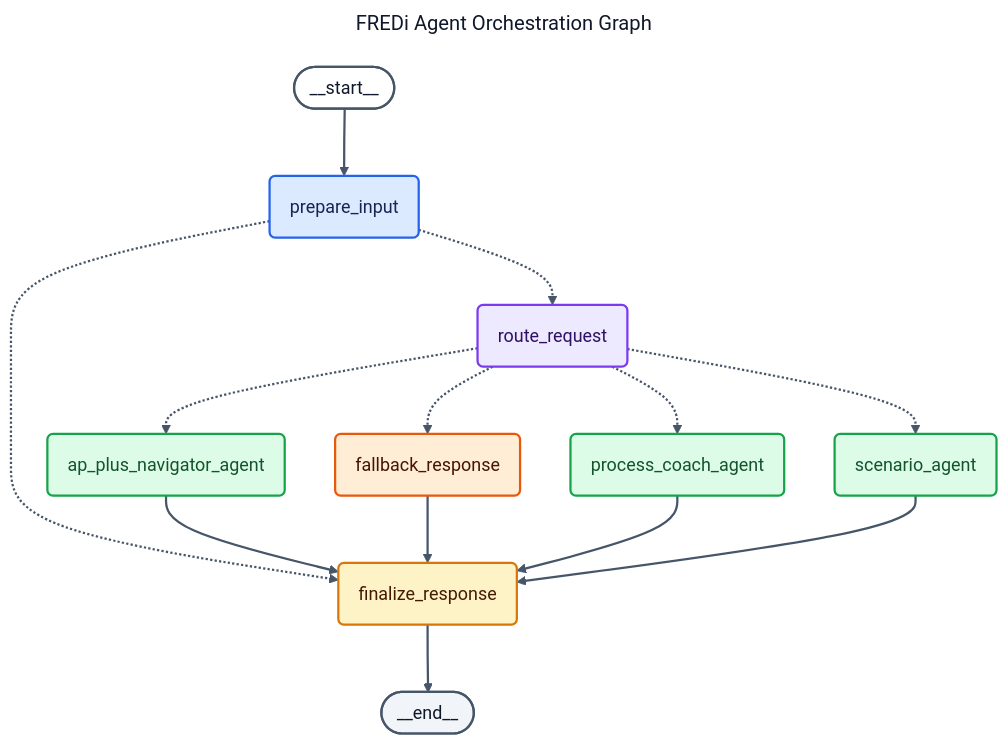
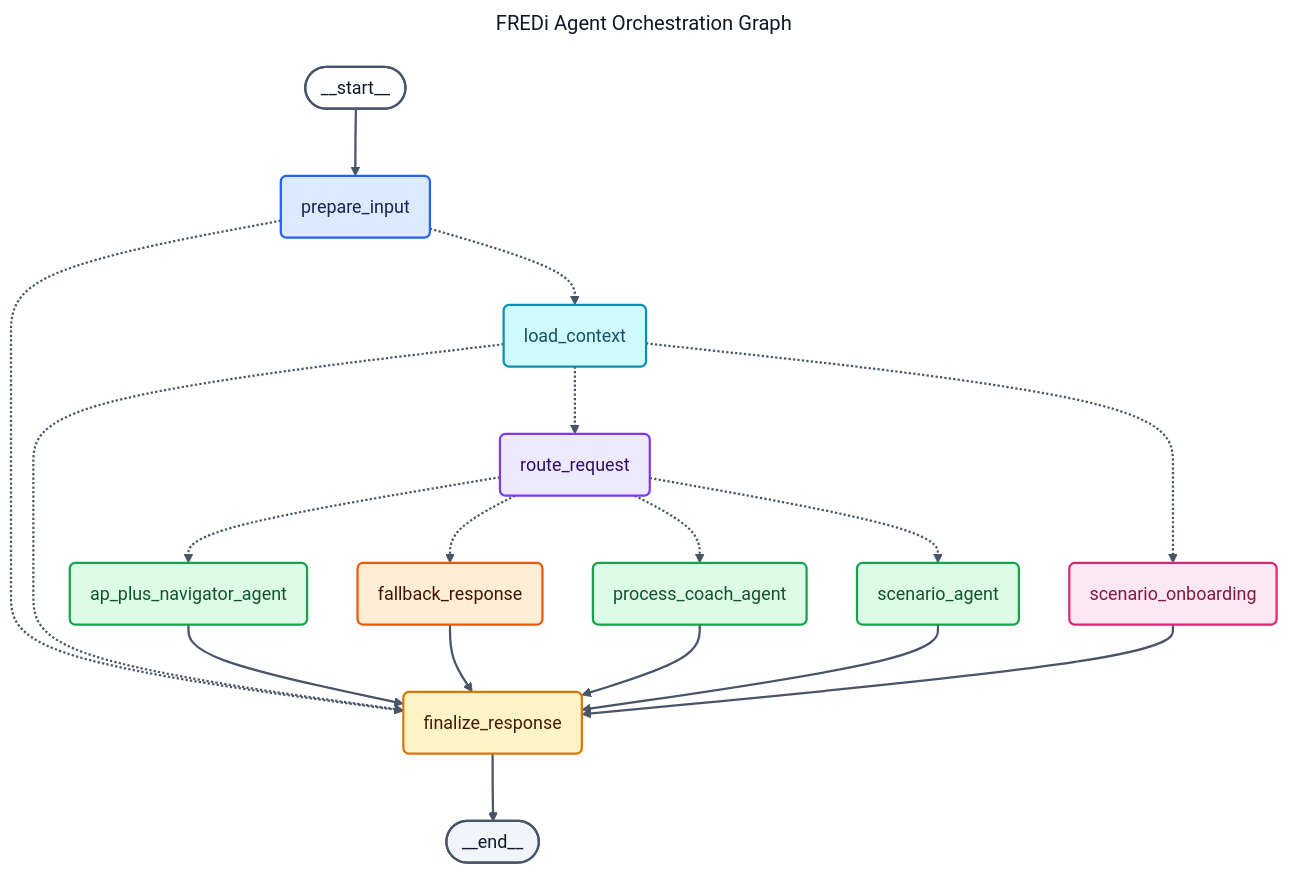
One commit to fahadrafiq94/multiagent-learning-platform changed the diagram in docs/architecture/agent-orchestration-graph.mmd. Above: the diagram before and after it, drawn with Mermaid. The commit also changed 33 other files, not shown here.

Commit message:
feat: validate agent state updates and budget request context

```diff
--- a/docs/architecture/agent-orchestration-graph.mmd
+++ b/docs/architecture/agent-orchestration-graph.mmd
@@ -1,73 +1,79 @@
 ---
 title: FREDi Agent Orchestration Graph
 config:
   theme: base
   look: classic
   flowchart:
     curve: basis
     nodeSpacing: 45
     rankSpacing: 60
     padding: 18
     htmlLabels: true
   themeVariables:
     background: "#f8fafc"
     primaryColor: "#e0f2fe"
     primaryTextColor: "#0f172a"
     primaryBorderColor: "#0284c7"
     secondaryColor: "#ede9fe"
     secondaryTextColor: "#1e1b4b"
     secondaryBorderColor: "#7c3aed"
     tertiaryColor: "#fef3c7"
     tertiaryTextColor: "#451a03"
     tertiaryBorderColor: "#d97706"
     lineColor: "#475569"
     textColor: "#0f172a"
-    mainBkg: "#ffffff"
-    nodeBorder: "#334155"
-    clusterBkg: "#f1f5f9"
-    clusterBorder: "#94a3b8"
     edgeLabelBackground: "#ffffff"
     fontFamily: "Inter, Segoe UI, Arial, sans-serif"
     fontSize: "16px"
 ---
 
 graph TD;
 	__start__([<p>__start__</p>]):::first
 	prepare_input(prepare_input)
+	load_context(load_context)
+	scenario_onboarding(scenario_onboarding)
 	route_request(route_request)
 	scenario_agent(scenario_agent)
 	process_coach_agent(process_coach_agent)
 	ap_plus_navigator_agent(ap_plus_navigator_agent)
 	fallback_response(fallback_response)
 	finalize_response(finalize_response)
 	__end__([<p>__end__</p>]):::last
 	__start__ --> prepare_input;
 	ap_plus_navigator_agent --> finalize_response;
 	fallback_response --> finalize_response;
+	load_context -.-> finalize_response;
+	load_context -.-> route_request;
+	load_context -.-> scenario_onboarding;
 	prepare_input -.-> finalize_response;
-	prepare_input -.-> route_request;
+	prepare_input -.-> load_context;
 	process_coach_agent --> finalize_response;
 	route_request -.-> ap_plus_navigator_agent;
 	route_request -.-> fallback_response;
 	route_request -.-> process_coach_agent;
 	route_request -.-> scenario_agent;
 	scenario_agent --> finalize_response;
+	scenario_onboarding --> finalize_response;
 	finalize_response --> __end__;
 	classDef default fill:#f2f0ff,line-height:1.2
 	classDef first fill-opacity:0
 	classDef last fill:#bfb6fc
 classDef inputNode fill:#dbeafe,stroke:#2563eb,stroke-width:2px,color:#172554;
+classDef contextNode fill:#cffafe,stroke:#0891b2,stroke-width:2px,color:#164e63;
 classDef routingNode fill:#ede9fe,stroke:#7c3aed,stroke-width:2px,color:#2e1065;
+classDef onboardingNode fill:#fce7f3,stroke:#db2777,stroke-width:2px,color:#831843;
 classDef agentNode fill:#dcfce7,stroke:#16a34a,stroke-width:2px,color:#14532d;
 classDef fallbackNode fill:#ffedd5,stroke:#ea580c,stroke-width:2px,color:#431407;
 classDef outputNode fill:#fef3c7,stroke:#d97706,stroke-width:2px,color:#451a03;
 classDef terminalNode fill:#f1f5f9,stroke:#475569,stroke-width:2px,color:#0f172a;
 
 class prepare_input inputNode;
+class load_context contextNode;
 class route_request routingNode;
+class scenario_onboarding onboardingNode;
 class scenario_agent,process_coach_agent,ap_plus_navigator_agent agentNode;
 class fallback_response fallbackNode;
 class finalize_response outputNode;
 class __start__,__end__ terminalNode;
 
 linkStyle default stroke:#475569,stroke-width:2px;
```
